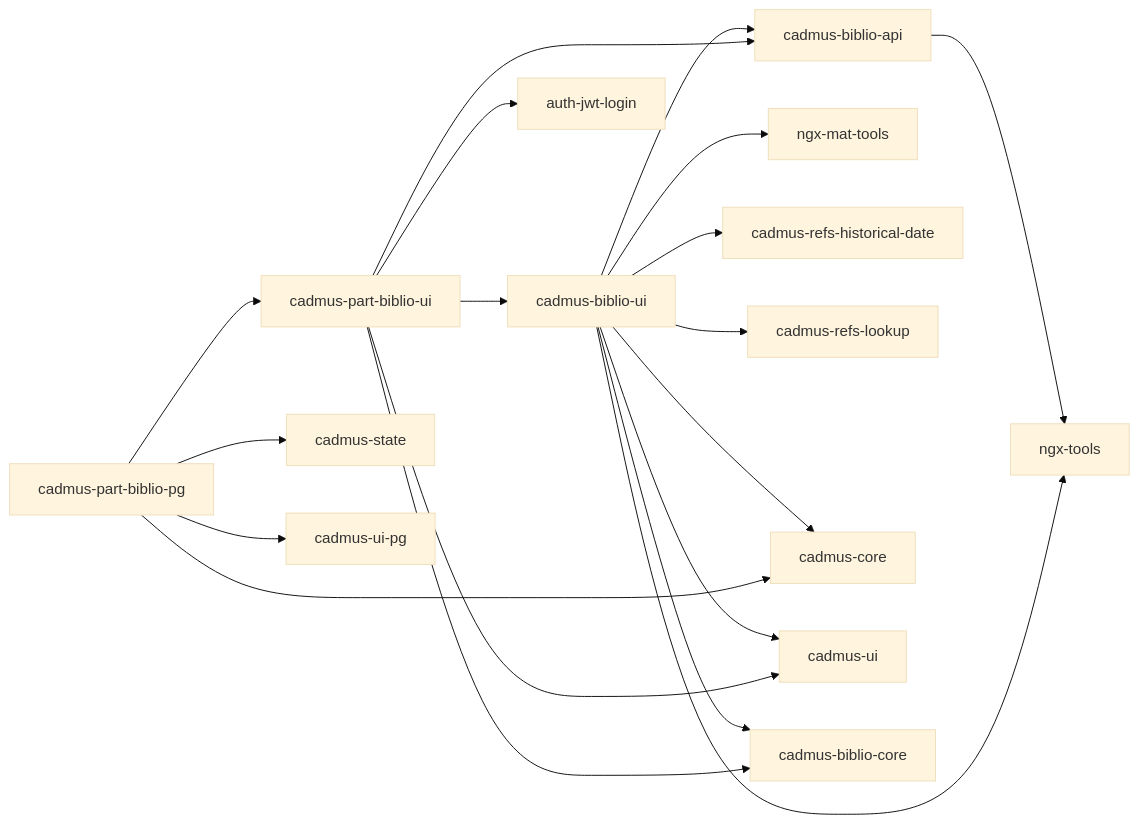
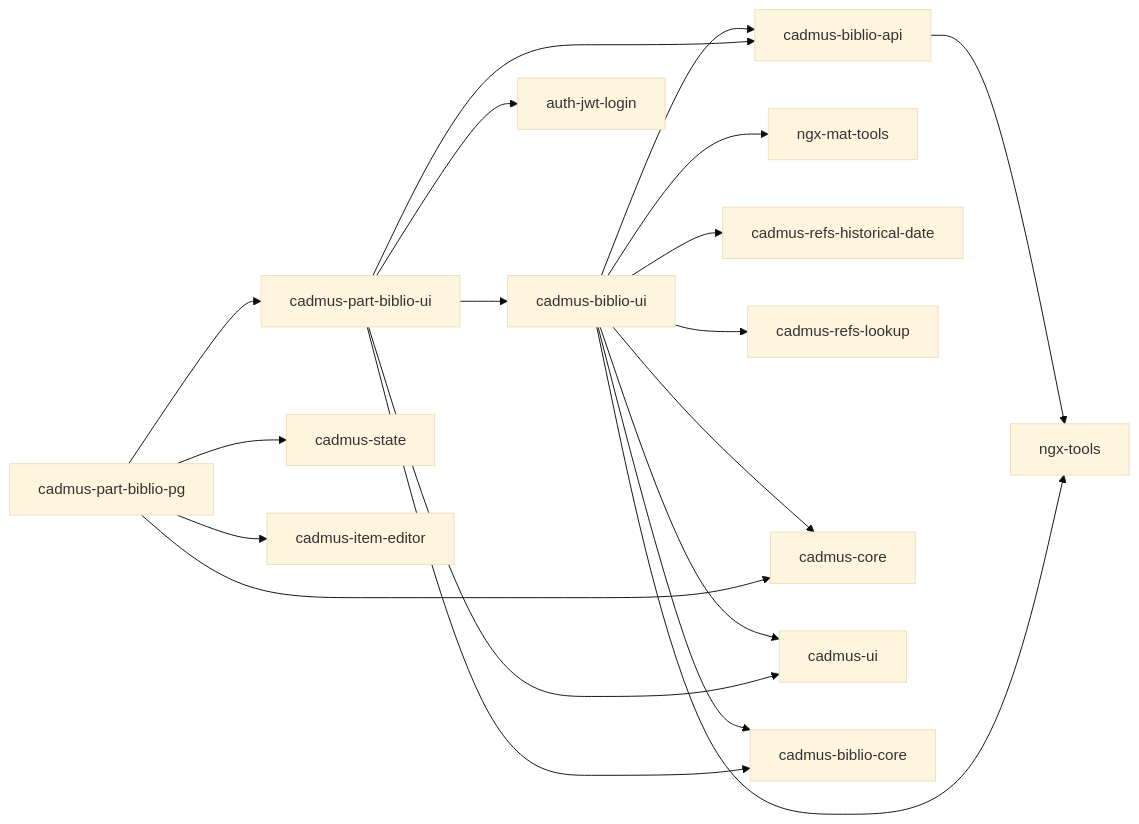
One commit to vedph/cadmus-doc changed the diagram in frontend/biblio-shell.md. Above: the diagram before and after it, drawn with Mermaid (base theme). The commit also changed 11 other files, not shown here.

````diff
--- a/frontend/biblio-shell.md
+++ b/frontend/biblio-shell.md
@@ -16,21 +16,21 @@
 ```mermaid
 graph LR;
   cadmus-biblio-api --> ngx-tools
   cadmus-biblio-ui --> ngx-tools
   cadmus-biblio-ui --> ngx-mat-tools
   cadmus-biblio-ui --> cadmus-refs-historical-date
   cadmus-biblio-ui --> cadmus-refs-lookup
   cadmus-biblio-ui --> cadmus-core
   cadmus-biblio-ui --> cadmus-ui
   cadmus-biblio-ui --> cadmus-biblio-api
   cadmus-biblio-ui --> cadmus-biblio-core
   cadmus-part-biblio-ui --> auth-jwt-login
   cadmus-part-biblio-ui --> cadmus-ui
   cadmus-part-biblio-ui --> cadmus-biblio-ui
   cadmus-part-biblio-ui --> cadmus-biblio-api
   cadmus-part-biblio-ui --> cadmus-biblio-core
   cadmus-part-biblio-pg --> cadmus-core
   cadmus-part-biblio-pg --> cadmus-state
-  cadmus-part-biblio-pg --> cadmus-ui-pg
+  cadmus-part-biblio-pg --> cadmus-item-editor
   cadmus-part-biblio-pg --> cadmus-part-biblio-ui
 ```
````
